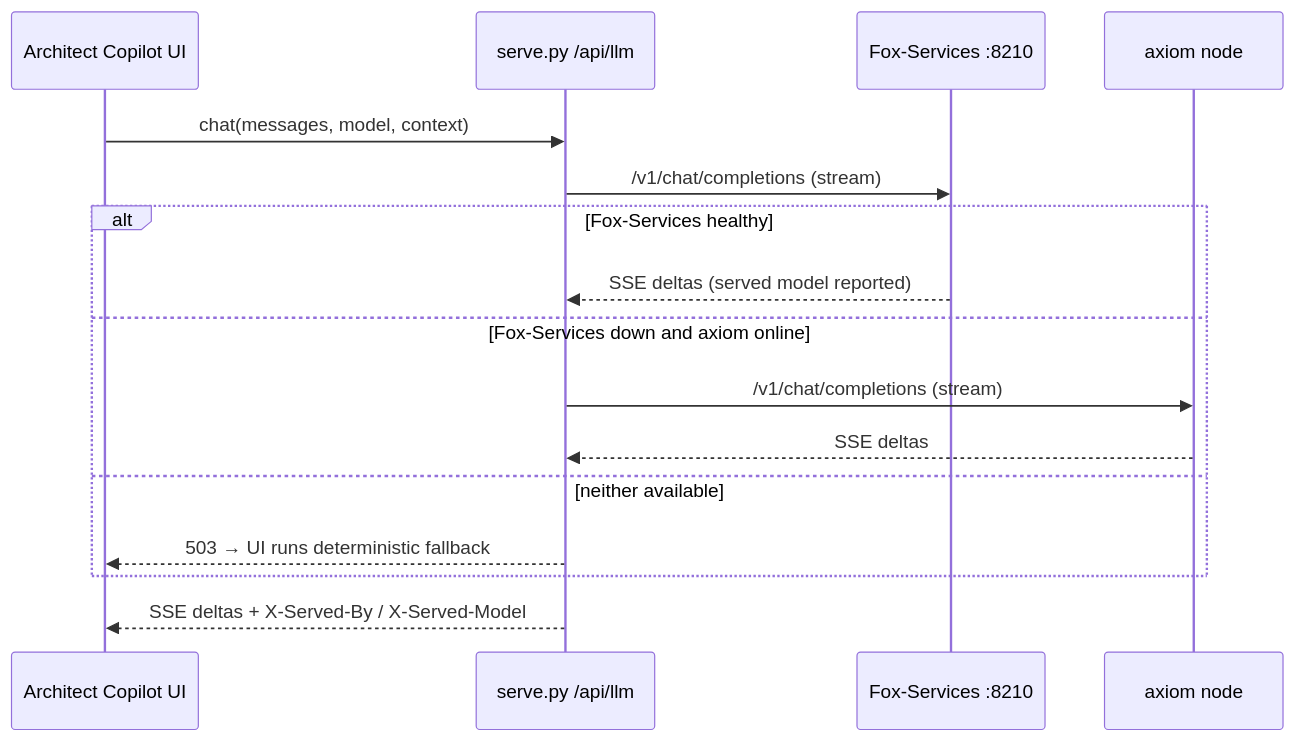
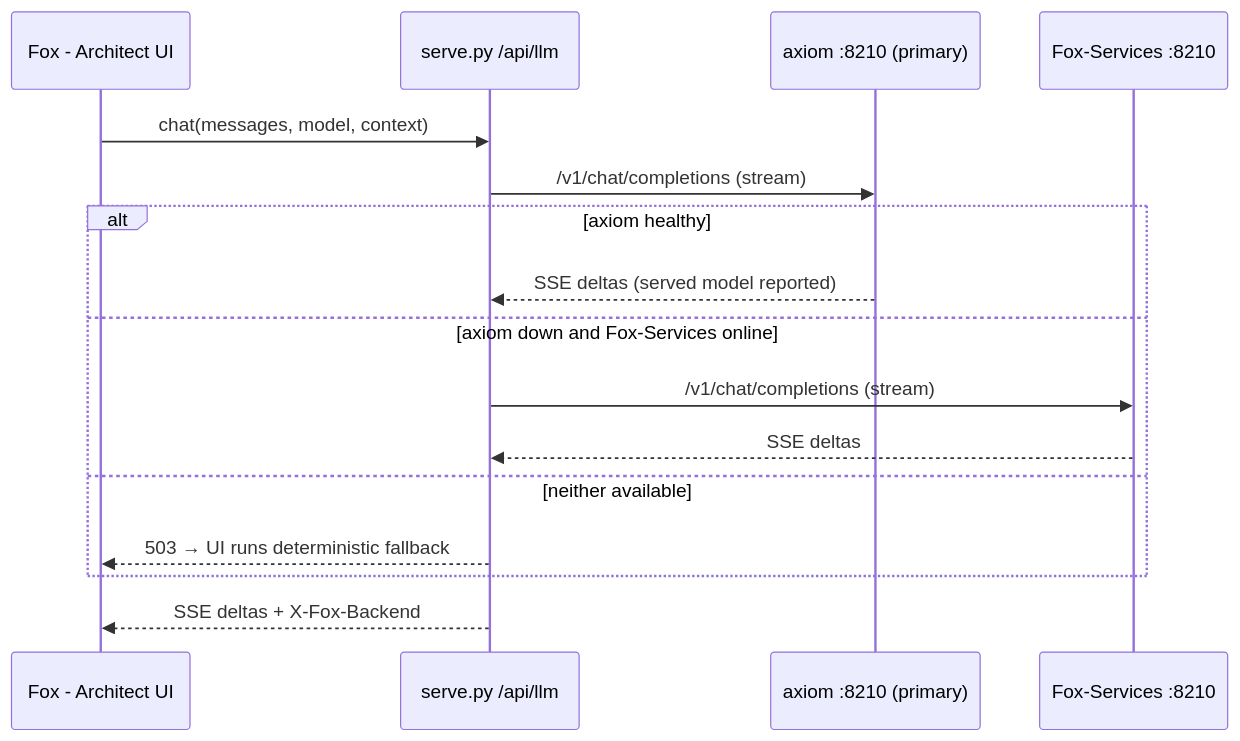
Before and after one commit to harishgovardhandamodar/AI-Agents-Patterns: the sixth of 6 diagrams in design/07-architect-analysis.md, drawn with Mermaid. The commit also changed 3 other files, not shown here.

````diff
--- a/design/07-architect-analysis.md
+++ b/design/07-architect-analysis.md
@@ -120,18 +120,18 @@
 ```mermaid
 sequenceDiagram
-  participant UI as Architect Copilot UI
+  participant UI as Fox - Architect UI
   participant PX as serve.py /api/llm
+  participant AX as axiom :8210 (primary)
   participant FS as Fox-Services :8210
-  participant AX as axiom node
   UI->>PX: chat(messages, model, context)
-  PX->>FS: /v1/chat/completions (stream)
-  alt Fox-Services healthy
-    FS-->>PX: SSE deltas (served model reported)
-  else Fox-Services down and axiom online
-    PX->>AX: /v1/chat/completions (stream)
-    AX-->>PX: SSE deltas
+  PX->>AX: /v1/chat/completions (stream)
+  alt axiom healthy
+    AX-->>PX: SSE deltas (served model reported)
+  else axiom down and Fox-Services online
+    PX->>FS: /v1/chat/completions (stream)
+    FS-->>PX: SSE deltas
   else neither available
     PX-->>UI: 503 → UI runs deterministic fallback
   end
-  PX-->>UI: SSE deltas + X-Served-By / X-Served-Model
+  PX-->>UI: SSE deltas + X-Fox-Backend
 ```
````
